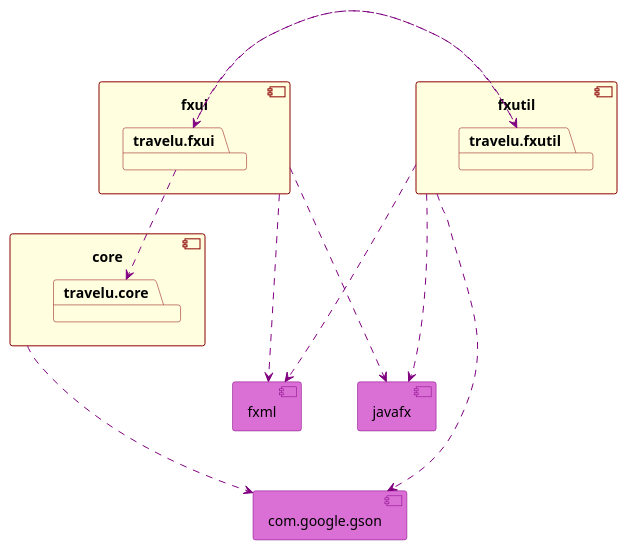
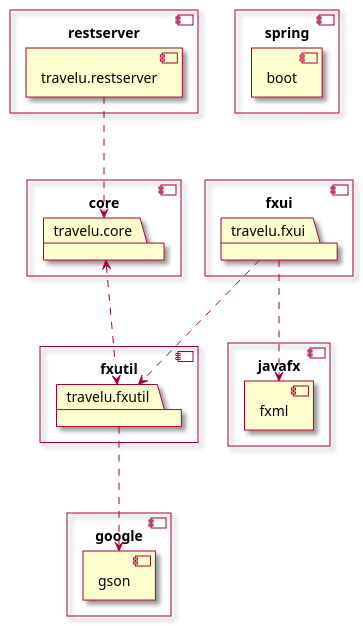
The diagram in docs/packageDiagram.plantuml (tbwiik/Travelu), drawn with PlantUML before and after one commit.

Commit message:
docs: update package diagram

```diff
--- a/docs/packageDiagram.plantuml
+++ b/docs/packageDiagram.plantuml
@@ -1,45 +1,41 @@
-@startuml 
+@startuml packageDiagram 
+skin rose
+
+component restserver {
+  [travelu.restserver]
+}
 
 component fxui {
   package travelu.fxui {
+}
+}
+
+component core {
+  package travelu.core {
 }
 }
 
 component fxutil {
   package travelu.fxutil {
 }
 }
 
-component core {
-  package travelu.core {
-}
+component spring {
+  [boot] 
 }
 
-skinparam component{
-  BorderColor #800080
-  ArrowColor purple
-  BackgroundColor orchid
+component javafx {
+  [fxml] 
 }
 
-skinparam package{
-  BackgroundColor lightyellow
-  BorderColor #8B0000
+
+component google {
+  [gson] 
 }
 
-[fxml] 
-[javafx]
-[com.google.gson] 
-
-fxui ...> fxml
-fxui ...> javafx
-fxutil ...> fxml
-fxutil ...> javafx
-fxutil ..> com.google.gson
-
-core ...> com.google.gson
-
-travelu.fxui ..> travelu.core
-travelu.fxui ..> travelu.fxutil
-travelu.fxutil ..> travelu.fxui
-
+travelu.fxui ...> fxml
+travelu.fxui ...> travelu.fxutil
+travelu.fxutil ...> gson
+travelu.core <...> travelu.fxutil
+travelu.restserver ...> travelu.core
 @enduml
```
